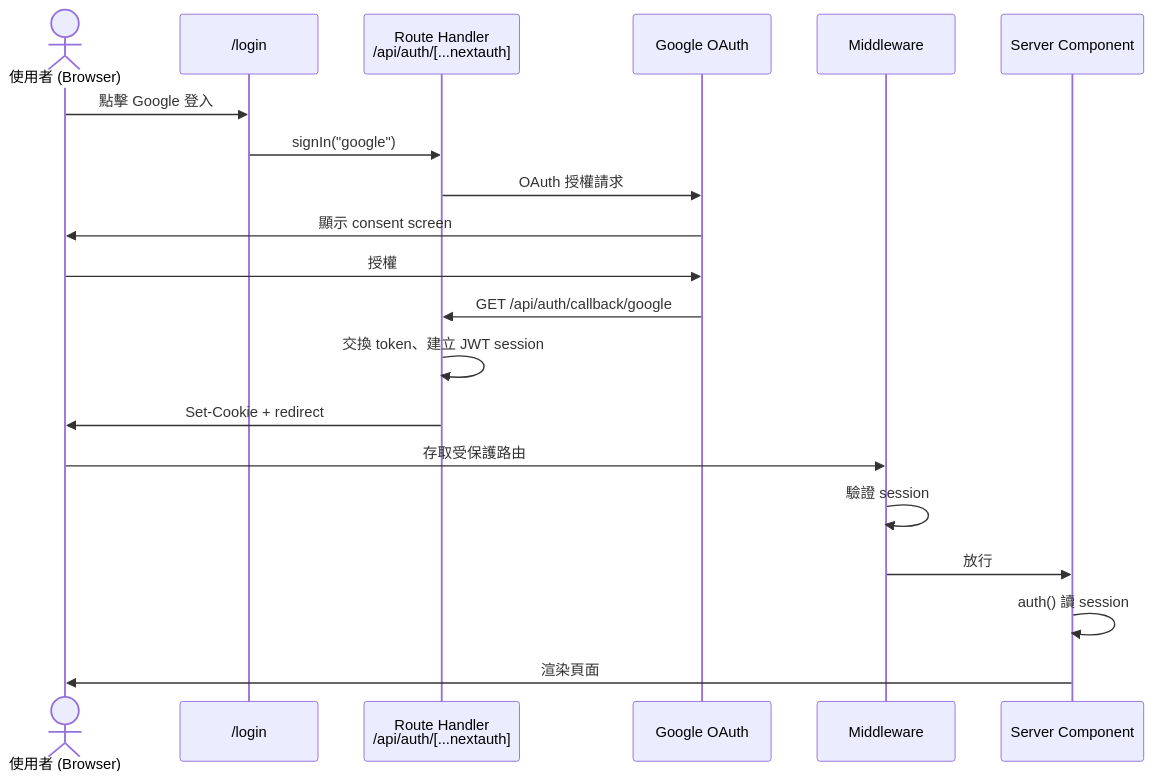
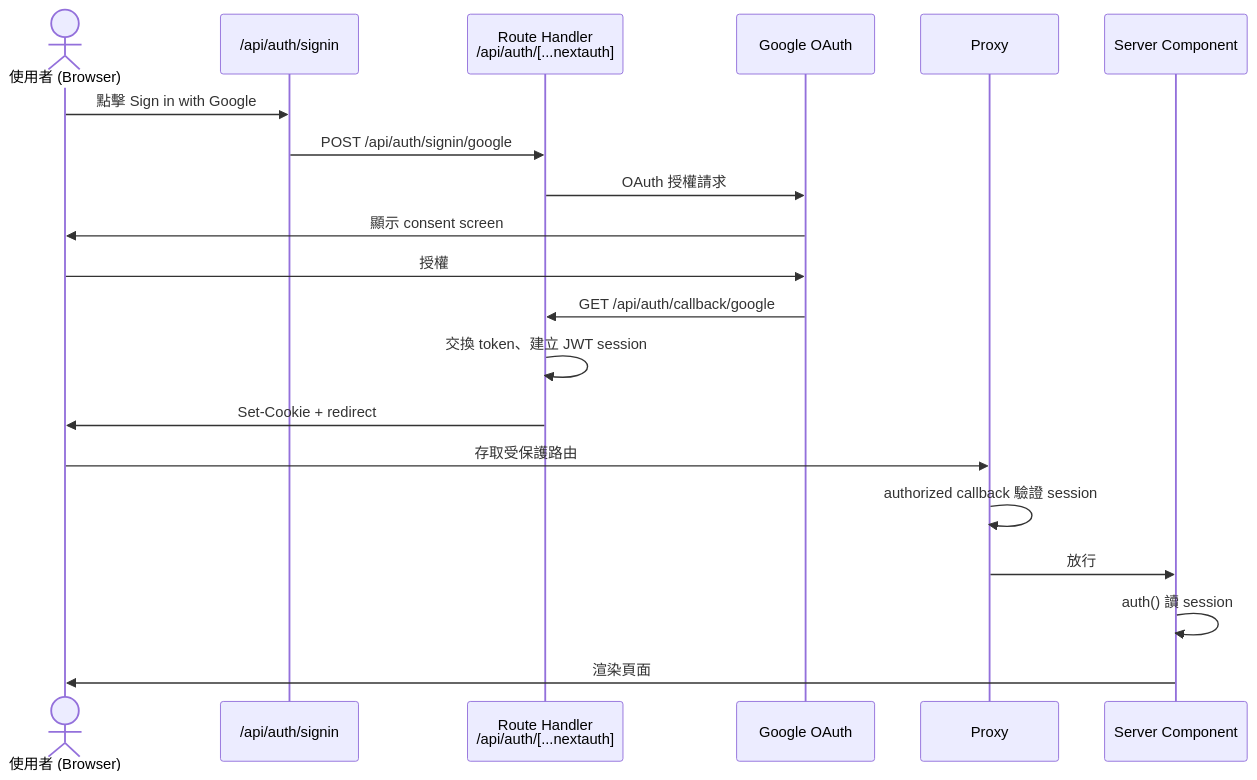
One commit to thementorship-tw/thementorship-exchange-app changed the diagram in docs/auth/03-authjs-implementation-spec.md. Above: the diagram before and after it, drawn with Mermaid. The commit also changed other lines of this file and 1 other file, not shown here.

````diff
--- a/docs/auth/03-authjs-implementation-spec.md
+++ b/docs/auth/03-authjs-implementation-spec.md
@@ -196,23 +237,23 @@
 ```mermaid
 sequenceDiagram
     actor User as 使用者 (Browser)
-    participant Login as /login
+    participant SI as /api/auth/signin
     participant RH as Route Handler<br>/api/auth/[...nextauth]
     participant Google as Google OAuth
-    participant MW as Middleware
+    participant PX as Proxy
     participant SC as Server Component
 
-    User->>Login: 點擊 Google 登入
-    Login->>RH: signIn("google")
+    User->>SI: 點擊 Sign in with Google
+    SI->>RH: POST /api/auth/signin/google
     RH->>Google: OAuth 授權請求
     Google->>User: 顯示 consent screen
     User->>Google: 授權
     Google->>RH: GET /api/auth/callback/google
     RH->>RH: 交換 token、建立 JWT session
     RH->>User: Set-Cookie + redirect
-    User->>MW: 存取受保護路由
-    MW->>MW: 驗證 session
-    MW->>SC: 放行
+    User->>PX: 存取受保護路由
+    PX->>PX: authorized callback 驗證 session
+    PX->>SC: 放行
     SC->>SC: auth() 讀 session
     SC->>User: 渲染頁面
 ```
````
